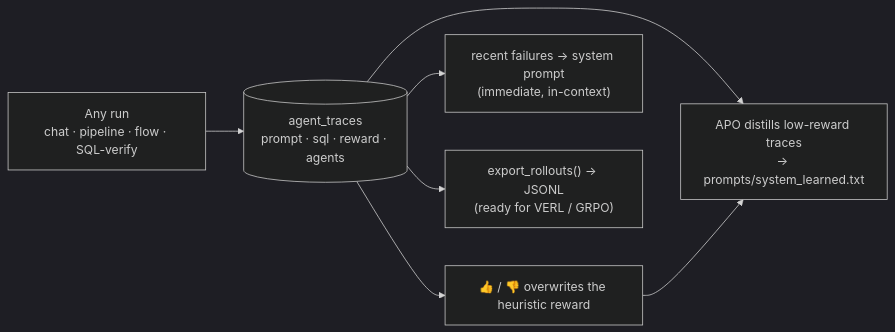
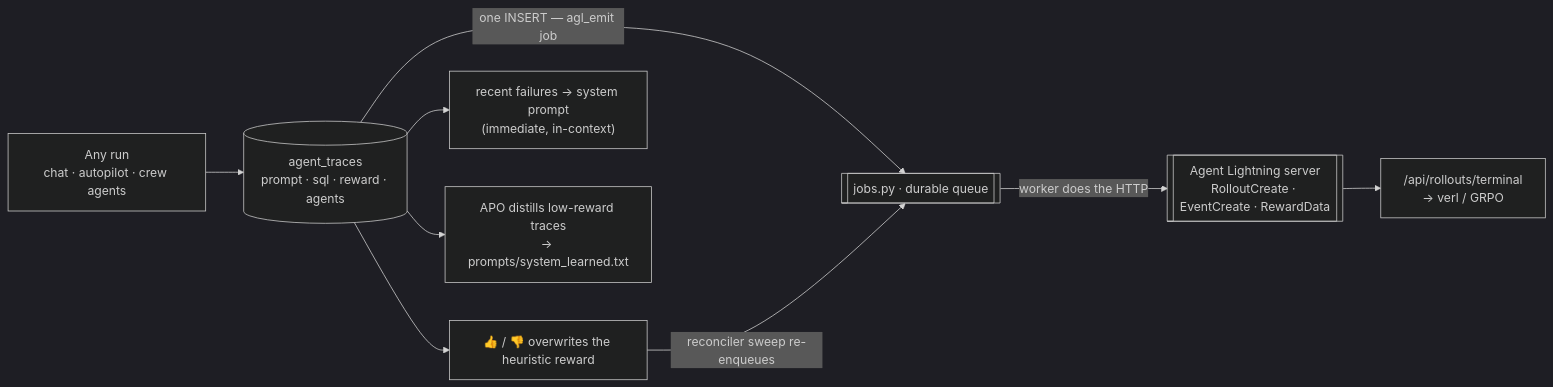
One commit to rohitkarumanchi745/studio changed the seventh of 12 diagrams in README.md. Above: the diagram before and after it, drawn with Mermaid (dark theme). The commit also changed other lines of this file and 5 other files, not shown here.

````diff
--- a/README.md
+++ b/README.md
@@ -839,9 +850,11 @@
 ```mermaid
 flowchart LR
-    run["Any run<br/>chat · pipeline · flow · SQL-verify"] --> roll[("agent_traces<br/>prompt · sql · reward · agents")]
+    run["Any run<br/>chat · autopilot · crew agents"] --> roll[("agent_traces<br/>prompt · sql · reward · agents")]
     roll --> fb["👍 / 👎 overwrites the heuristic reward"]
     roll --> fail["recent failures → system prompt<br/>(immediate, in-context)"]
     roll --> apo["APO distills low-reward traces<br/>→ prompts/system_learned.txt"]
-    roll --> exp["export_rollouts() → JSONL<br/>(ready for VERL / GRPO)"]
-    fb --> apo
+    roll -->|"one INSERT — agl_emit job"| q[["jobs.py · durable queue"]]
+    q -->|"worker does the HTTP"| agl[["Agent Lightning server<br/>RolloutCreate · EventCreate · RewardData"]]
+    fb -->|"reconciler sweep re-enqueues"| q
+    agl --> verl["/api/rollouts/terminal<br/>→ verl / GRPO"]
 ```
````
